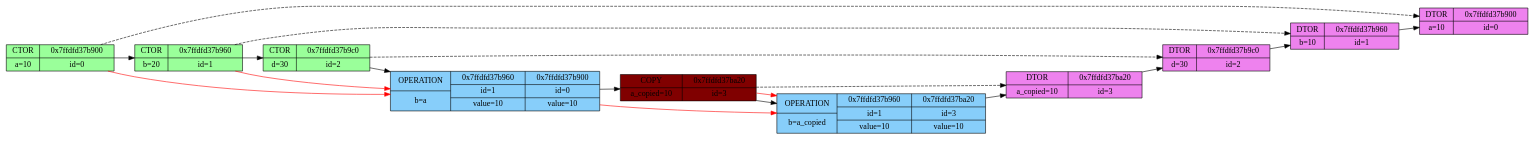
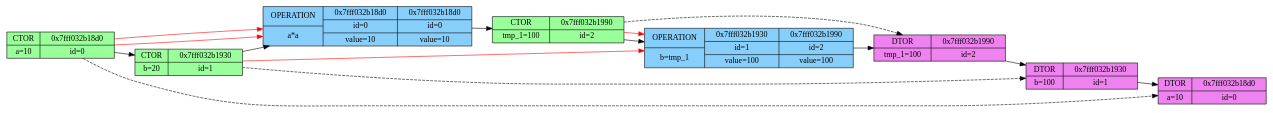
The diagram in Dumping_int/new.dot (x-ENIAC/MIPT_projects_4_sem), drawn with Graphviz before and after one commit. The commit also changed 8 other files, not shown here.

```diff
--- a/Dumping_int/new.dot
+++ b/Dumping_int/new.dot
@@ -1,30 +1,25 @@
 digraph graphname {
 	rankdir = LR;
-	node0CTOR [shape="record", style="filled", fillcolor="palegreen1", label="{{CTOR | a=10}|{0x7ffdfd37b900 | id=0}}"]
-	node1CTOR [shape="record", style="filled", fillcolor="palegreen1", label="{{CTOR | b=20}|{0x7ffdfd37b960 | id=1}}"]
+	node0CTOR [shape="record", style="filled", fillcolor="palegreen1", label="{{CTOR | a=10}|{0x7fff032b18d0 | id=0}}"]
+	node1CTOR [shape="record", style="filled", fillcolor="palegreen1", label="{{CTOR | b=20}|{0x7fff032b1930 | id=1}}"]
 	node0CTOR -> node1CTOR
-	node2CTOR [shape="record", style="filled", fillcolor="palegreen1", label="{{CTOR | d=30}|{0x7ffdfd37b9c0 | id=2}}"]
-	node1CTOR -> node2CTOR
-	node1OPERATION0 [shape="record", style="filled", fillcolor="lightskyblue", label="{{OPERATION | b=a}|{0x7ffdfd37b960 | id=1 | value=10}|{0x7ffdfd37b900 | id=0 | value=10}}"]
-	node2CTOR -> node1OPERATION0
-	node1CTOR -> node1OPERATION0[color="red"]
-	node0CTOR -> node1OPERATION0[color="red"]
-	node3COPY [shape="record", style="filled", fillcolor="webmaroon", label="{{COPY | a_copied=10}|{0x7ffdfd37ba20 | id=3}}"]
-	node1OPERATION0 -> node3COPY
-	node1OPERATION3 [shape="record", style="filled", fillcolor="lightskyblue", label="{{OPERATION | b=a_copied}|{0x7ffdfd37b960 | id=1 | value=10}|{0x7ffdfd37ba20 | id=3 | value=10}}"]
-	node3COPY -> node1OPERATION3
-	node1OPERATION0 -> node1OPERATION3[color="red"]
-	node3COPY -> node1OPERATION3[color="red"]
-	node3DTOR [shape="record", style="filled", fillcolor="violet", label="{{DTOR | a_copied=10}|{0x7ffdfd37ba20 | id=3}}"]
-	node1OPERATION3 -> node3DTOR
-	node3COPY -> node3DTOR[style="dashed"]
-	node2DTOR [shape="record", style="filled", fillcolor="violet", label="{{DTOR | d=30}|{0x7ffdfd37b9c0 | id=2}}"]
-	node3DTOR -> node2DTOR
+	node0OPERATION0 [shape="record", style="filled", fillcolor="lightskyblue", label="{{OPERATION | a*a}|{0x7fff032b18d0 | id=0 | value=10}|{0x7fff032b18d0 | id=0 | value=10}}"]
+	node1CTOR -> node0OPERATION0
+	node0CTOR -> node0OPERATION0[color="red"]
+	node0CTOR -> node0OPERATION0[color="red"]
+	node2CTOR [shape="record", style="filled", fillcolor="palegreen1", label="{{CTOR | tmp_1=100}|{0x7fff032b1990 | id=2}}"]
+	node0OPERATION0 -> node2CTOR
+	node1OPERATION2 [shape="record", style="filled", fillcolor="lightskyblue", label="{{OPERATION | b=tmp_1}|{0x7fff032b1930 | id=1 | value=100}|{0x7fff032b1990 | id=2 | value=100}}"]
+	node2CTOR -> node1OPERATION2
+	node1CTOR -> node1OPERATION2[color="red"]
+	node2CTOR -> node1OPERATION2[color="red"]
+	node2DTOR [shape="record", style="filled", fillcolor="violet", label="{{DTOR | tmp_1=100}|{0x7fff032b1990 | id=2}}"]
+	node1OPERATION2 -> node2DTOR
 	node2CTOR -> node2DTOR[style="dashed"]
-	node1DTOR [shape="record", style="filled", fillcolor="violet", label="{{DTOR | b=10}|{0x7ffdfd37b960 | id=1}}"]
+	node1DTOR [shape="record", style="filled", fillcolor="violet", label="{{DTOR | b=100}|{0x7fff032b1930 | id=1}}"]
 	node2DTOR -> node1DTOR
 	node1CTOR -> node1DTOR[style="dashed"]
-	node0DTOR [shape="record", style="filled", fillcolor="violet", label="{{DTOR | a=10}|{0x7ffdfd37b900 | id=0}}"]
+	node0DTOR [shape="record", style="filled", fillcolor="violet", label="{{DTOR | a=10}|{0x7fff032b18d0 | id=0}}"]
 	node1DTOR -> node0DTOR
 	node0CTOR -> node0DTOR[style="dashed"]
 }
```
